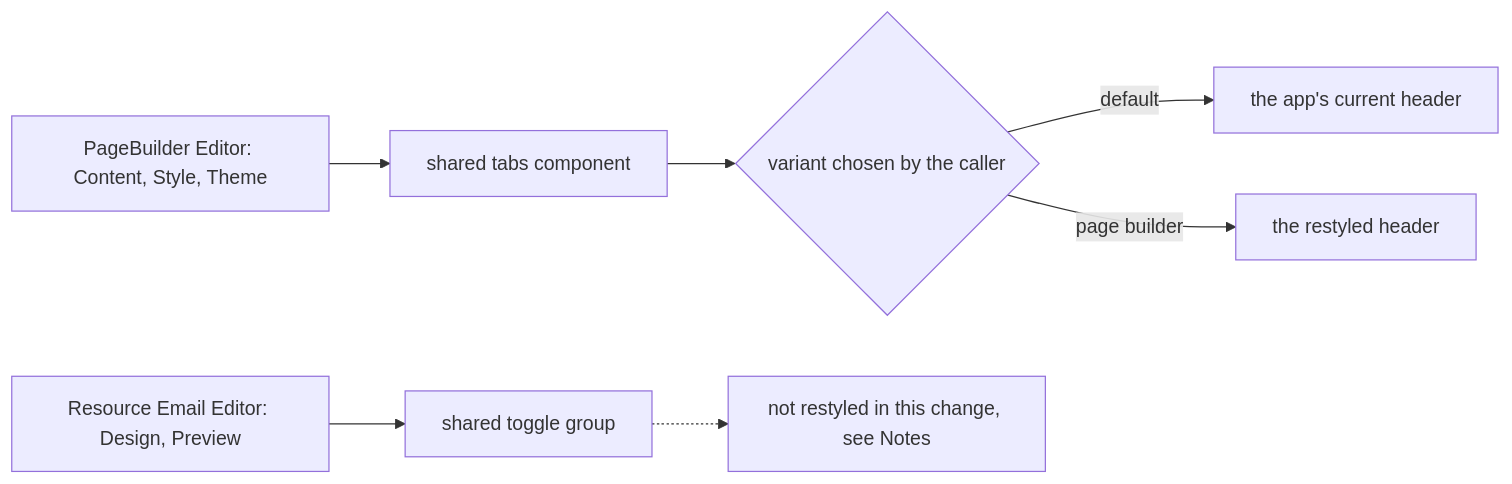
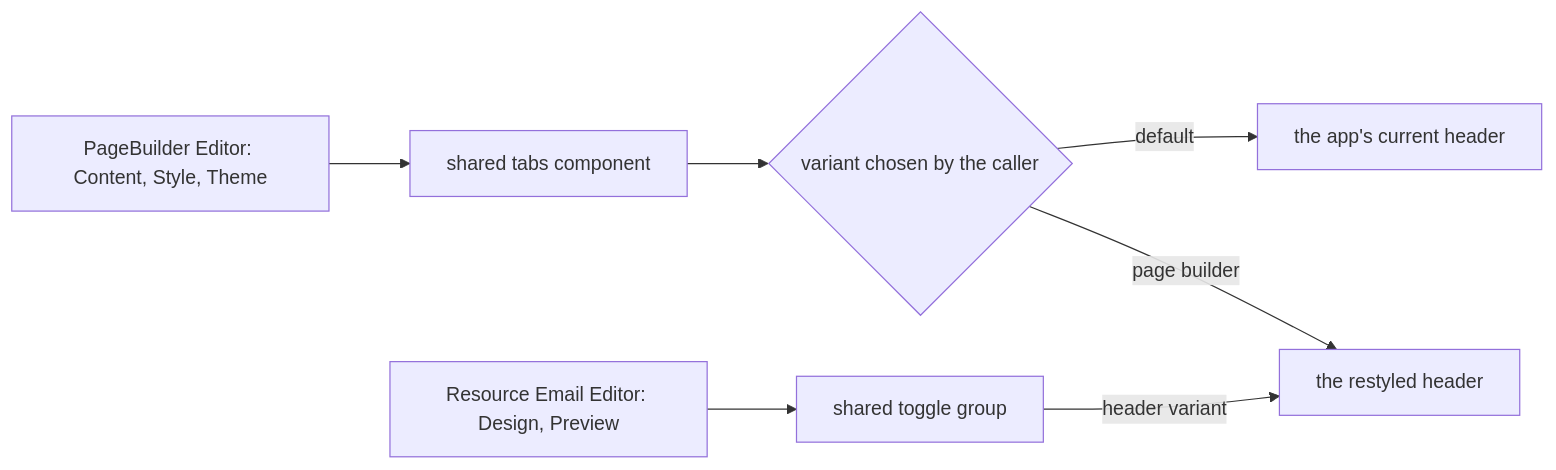
Before and after one commit to Esposter/Esposter: the diagram in openspec/changes/resource-page-builder-tab-headers/design.md, drawn with Mermaid. The commit also changed other lines of this file and 1 other file, not shown here.

````diff
--- a/openspec/changes/resource-page-builder-tab-headers/design.md
+++ b/openspec/changes/resource-page-builder-tab-headers/design.md
@@ -9,9 +9,9 @@
 ```mermaid
 flowchart LR
   A[PageBuilder Editor: Content, Style, Theme] --> C[shared tabs component]
   C --> D{variant chosen by the caller}
   D -->|default| E[the app's current header]
   D -->|page builder| F[the restyled header]
   B[Resource Email Editor: Design, Preview] --> G[shared toggle group]
-  G -.-> H[not restyled in this change, see Notes]
+  G -->|header variant| F
 ```
````
